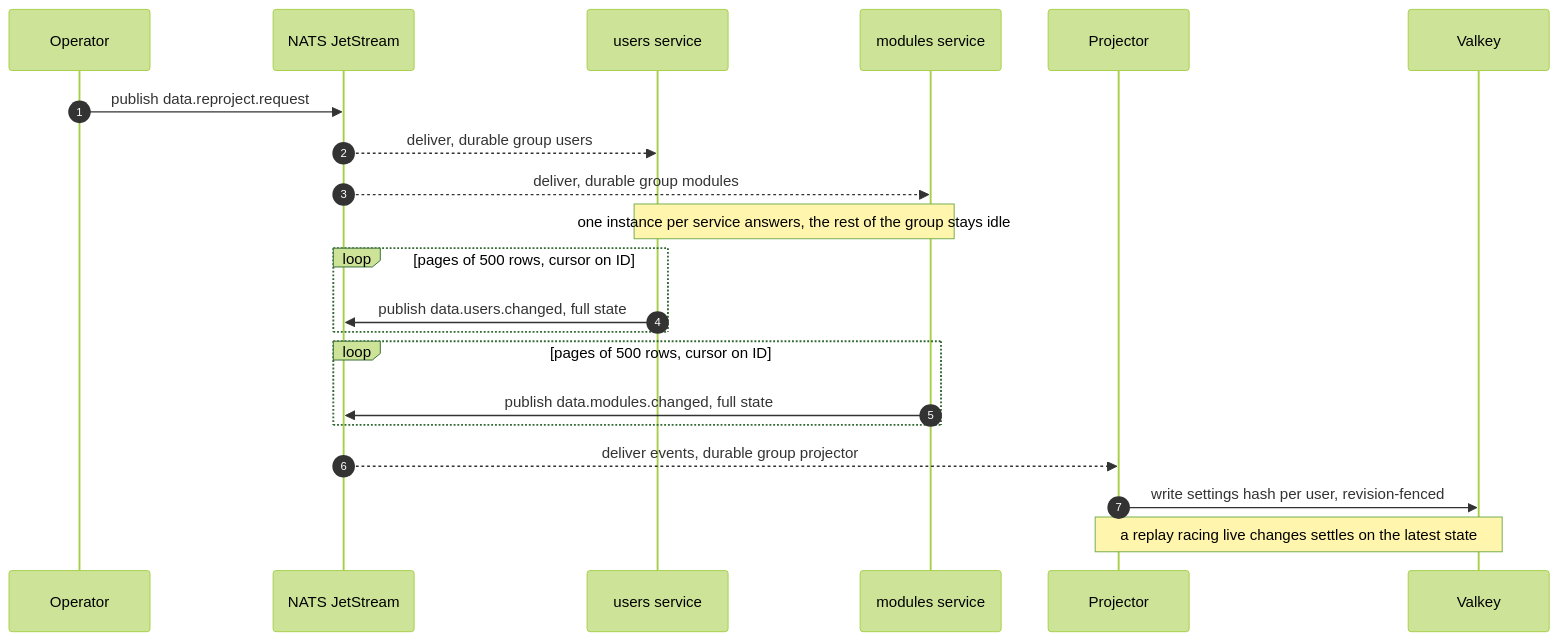
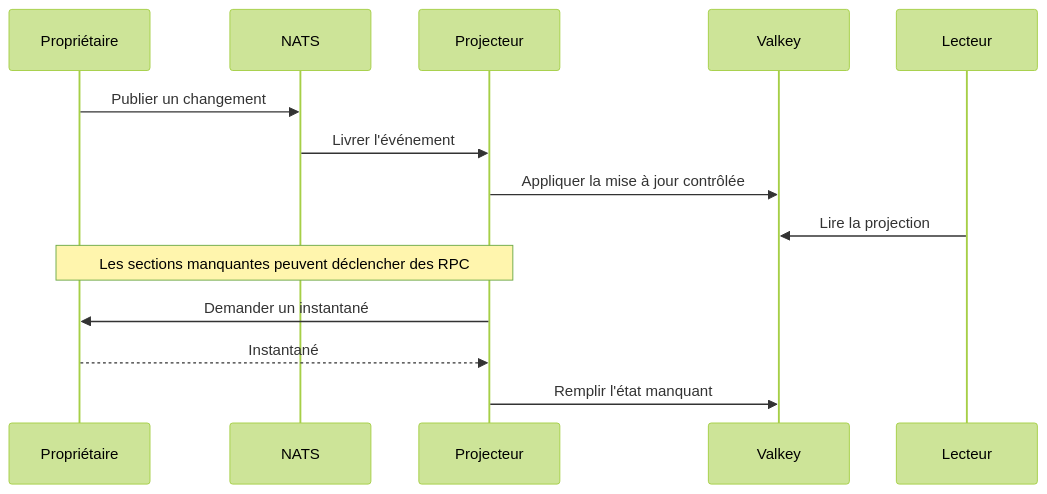
One commit to AdamOusmer/ItsBagelBot changed the diagram in web/docs/src/content/docs/fr/data-and-state/projection.md. Above: the diagram before and after it, drawn with Mermaid (forest theme). The commit also changed other lines of this file and 171 other files, not shown here.

````diff
--- a/web/docs/src/content/docs/fr/data-and-state/projection.md
+++ b/web/docs/src/content/docs/fr/data-and-state/projection.md
@@ -52,24 +15,16 @@
 ```mermaid
 sequenceDiagram
-    autonumber
-    participant O as Operator
-    participant N as NATS JetStream
-    participant U as users service
-    participant M as modules service
-    participant P as Projector
+    participant O as Propriétaire
+    participant N as NATS
+    participant P as Projecteur
     participant V as Valkey
-
-    O->>N: publish data.reproject.request
-    N-->>U: deliver, durable group users
-    N-->>M: deliver, durable group modules
-    Note over U,M: one instance per service answers, the rest of the group stays idle
-    loop pages of 500 rows, cursor on ID
-        U->>N: publish data.users.changed, full state
-    end
-    loop pages of 500 rows, cursor on ID
-        M->>N: publish data.modules.changed, full state
-    end
-    N-->>P: deliver events, durable group projector
-    P->>V: write settings hash per user, revision-fenced
-    Note over P,V: a replay racing live changes settles on the latest state
+    participant R as Lecteur
+    O->>N: Publier un changement
+    N->>P: Livrer l'événement
+    P->>V: Appliquer la mise à jour contrôlée
+    R->>V: Lire la projection
+    Note over P,O: Les sections manquantes peuvent déclencher des RPC
+    P->>O: Demander un instantané
+    O-->>P: Instantané
+    P->>V: Remplir l'état manquant
 ```
````
